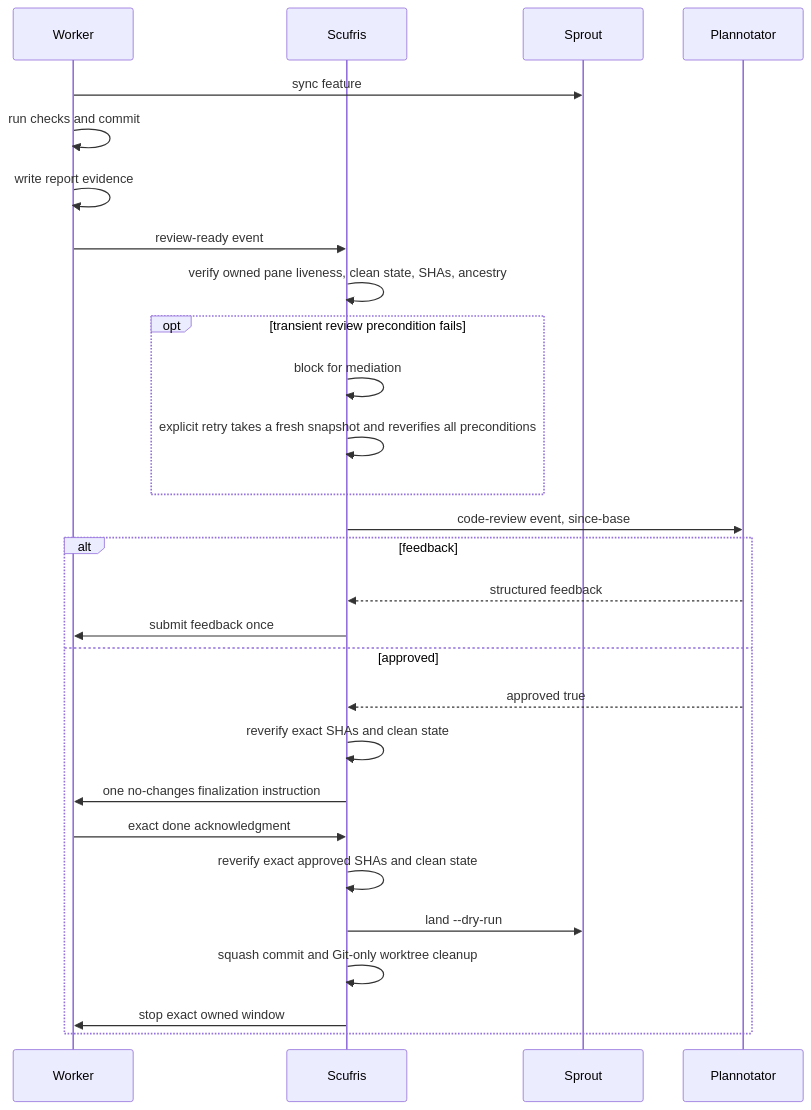
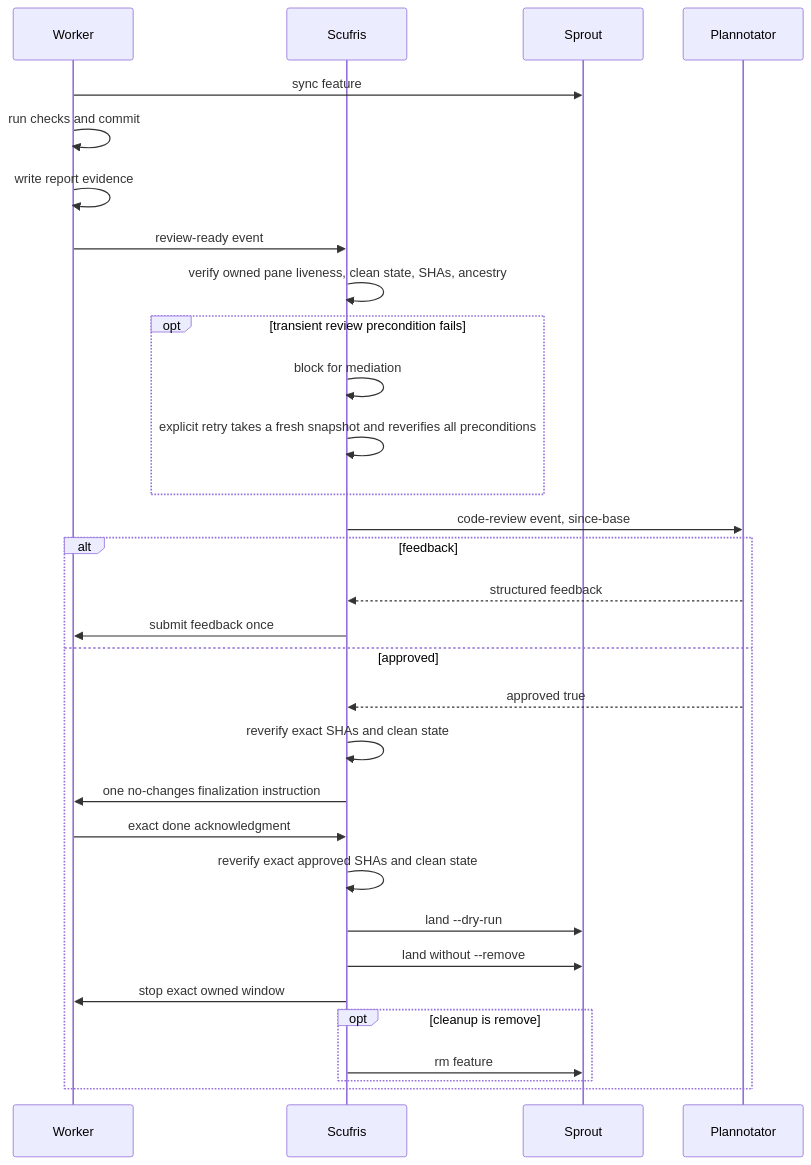
One commit to alexjercan/scufris2 changed the fourth of 5 diagrams in tasks/20260818-222337/ARCHITECTURE.md. Above: the diagram before and after it, drawn with Mermaid. The commit also changed other lines of this file and 7 other files, not shown here.

Commit message:
Restore Sprout landing cleanup policy

````diff
--- a/tasks/20260818-222337/ARCHITECTURE.md
+++ b/tasks/20260818-222337/ARCHITECTURE.md
@@ -342,31 +344,34 @@
 ```mermaid
 sequenceDiagram
   participant Worker
   participant Scufris
   participant Sprout
   participant Plannotator
 
   Worker->>Sprout: sync feature
   Worker->>Worker: run checks and commit
   Worker->>Worker: write report evidence
   Worker->>Scufris: review-ready event
   Scufris->>Scufris: verify owned pane liveness, clean state, SHAs, ancestry
   opt transient review precondition fails
     Scufris->>Scufris: block for mediation
     Scufris->>Scufris: explicit retry takes a fresh snapshot and reverifies all preconditions
   end
   Scufris->>Plannotator: code-review event, since-base
   alt feedback
     Plannotator-->>Scufris: structured feedback
     Scufris->>Worker: submit feedback once
   else approved
     Plannotator-->>Scufris: approved true
     Scufris->>Scufris: reverify exact SHAs and clean state
     Scufris->>Worker: one no-changes finalization instruction
     Worker->>Scufris: exact done acknowledgment
     Scufris->>Scufris: reverify exact approved SHAs and clean state
     Scufris->>Sprout: land --dry-run
-    Scufris->>Scufris: squash commit and Git-only worktree cleanup
+    Scufris->>Sprout: land without --remove
     Scufris->>Worker: stop exact owned window
+    opt cleanup is remove
+      Scufris->>Sprout: rm feature
+    end
   end
 ```
````
